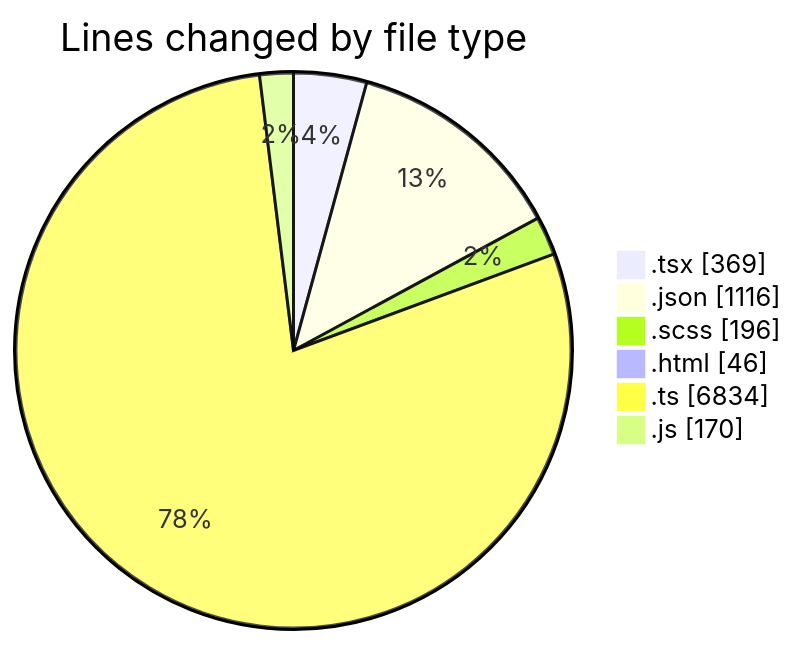
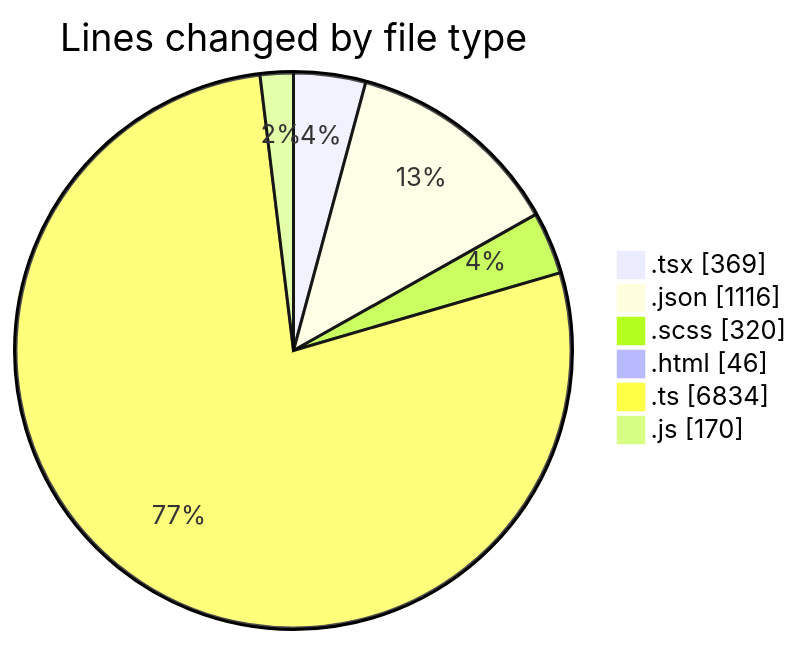
The first of 2 diagrams in 2026-04-14/cda/README.md (momahboobian/code-tracking), drawn with Mermaid before and after one commit. The commit also changed other lines of this file and 1 other file, not shown here.

````diff
--- a/2026-04-14/cda/README.md
+++ b/2026-04-14/cda/README.md
@@ -37,10 +38,10 @@
 ```mermaid
 pie showData
 title Lines changed by file type
 ".tsx" : 369
 ".json" : 1116
-".scss" : 196
+".scss" : 320
 ".html" : 46
 ".ts" : 6834
 ".js" : 170
 ```
````
